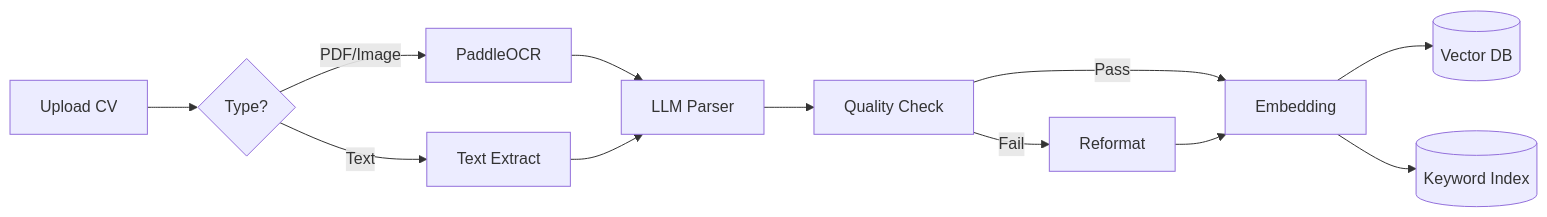
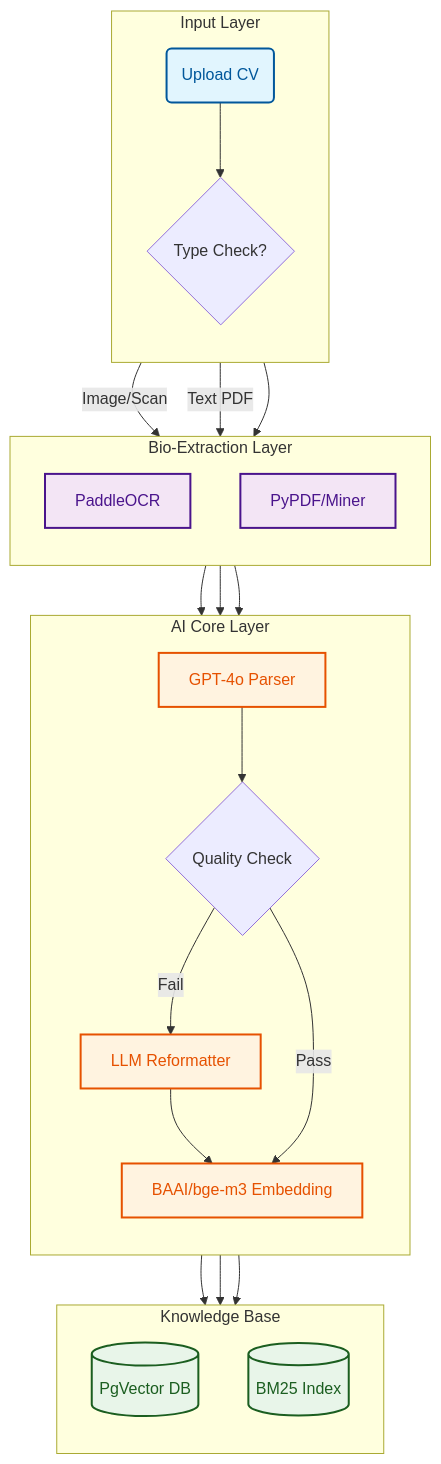
One commit to Thanh25082005/CV_Screen_AI changed the first of 2 diagrams in README.md. Above: the diagram before and after it, drawn with Mermaid. The commit also changed other lines of this file, not shown here.

Commit message:
docs: update README with detailed system architecture diagrams and installation guide

````diff
--- a/README.md
+++ b/README.md
@@ -38,13 +40,38 @@
 ```mermaid
-flowchart LR
-    A[Upload CV] --> B{Type?}
-    B -->|PDF/Image| C[PaddleOCR]
-    B -->|Text| D[Text Extract]
-    C & D --> E[LLM Parser]
-    E --> F[Quality Check]
-    F -->|Fail| G[Reformat]
-    F -->|Pass| H[Embedding]
-    G --> H
-    H --> I[(Vector DB)]
-    H --> J[(Keyword Index)]
+flowchart TD
+    %% Premium Color Palette
+    classDef input fill:#e1f5fe,stroke:#01579b,stroke-width:2px,color:#01579b;
+    classDef process fill:#f3e5f5,stroke:#4a148c,stroke-width:2px,color:#4a148c;
+    classDef ai fill:#fff3e0,stroke:#e65100,stroke-width:2px,color:#e65100;
+    classDef storage fill:#e8f5e9,stroke:#1b5e20,stroke-width:2px,color:#1b5e20;
+    
+    subgraph Input_Layer [Input Layer]
+        direction TB
+        A(Upload CV):::input --> B{Type Check?}
+    end
+
+    subgraph Extraction_Layer [Bio-Extraction Layer]
+        direction TB
+        B -->|Image/Scan| C[PaddleOCR]:::process
+        B -->|Text PDF| D[PyPDF/Miner]:::process
+    end
+
+    subgraph Intelligence_Layer [AI Core Layer]
+        direction TB
+        C & D --> E[GPT-4o Parser]:::ai
+        E --> F{Quality Check}
+        F -->|Fail| G[LLM Reformatter]:::ai
+        G --> H[BAAI/bge-m3 Embedding]:::ai
+        F -->|Pass| H
+    end
+
+    subgraph Storage_Layer [Knowledge Base]
+        direction TB
+        H --> I[(PgVector DB)]:::storage
+        H --> J[(BM25 Index)]:::storage
+    end
+
+    Input_Layer --> Extraction_Layer
+    Extraction_Layer --> Intelligence_Layer
+    Intelligence_Layer --> Storage_Layer
 ```
````
